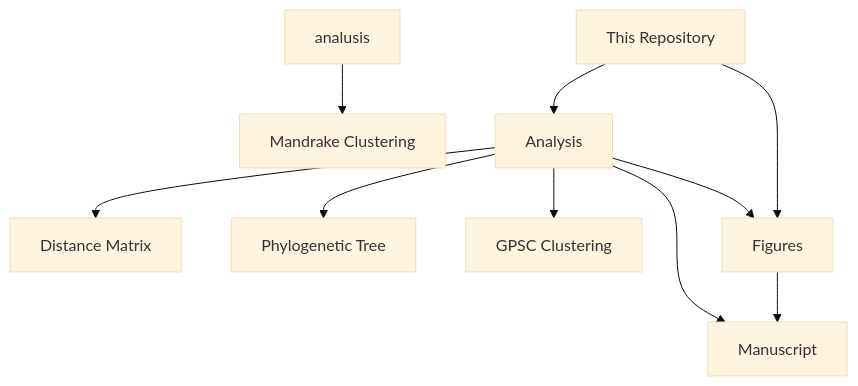
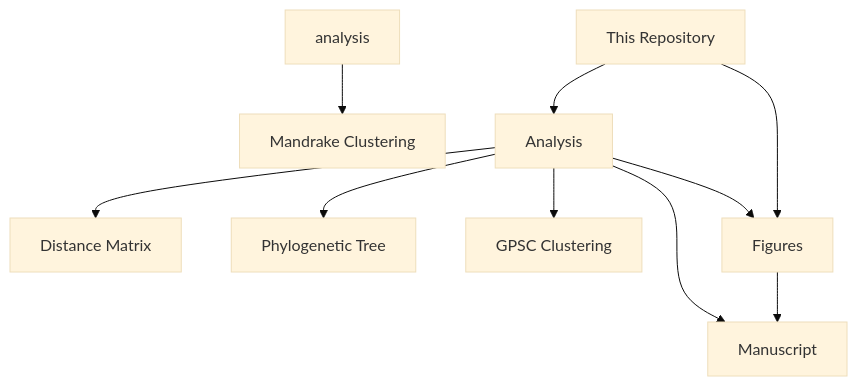
One commit to duncanberger/backup_pgl2024 changed the diagram in README.md. Above: the diagram before and after it, drawn with Mermaid (base theme).

````diff
--- a/README.md
+++ b/README.md
@@ -30,24 +30,38 @@
 ```mermaid
 graph TD;
 repo[This Repository]
 dist[Distance Matrix]
 tree[Phylogenetic Tree]
 clust[GPSC Clustering]
 clust2[Mandrake Clustering]
 
 repo-->Analysis;
 Analysis-->dist;
 Analysis-->tree;
 Analysis-->clust;
-analusis-->clust2;
+analysis-->clust2;
 repo-->Figures;
 Analysis-->Figures;
 Figures-->Manuscript;
 Analysis-->Manuscript;
 
 
 
 
 
 
+
+
+
+
+
+
+
+
+
+
+
+
+
+
 ```
````
